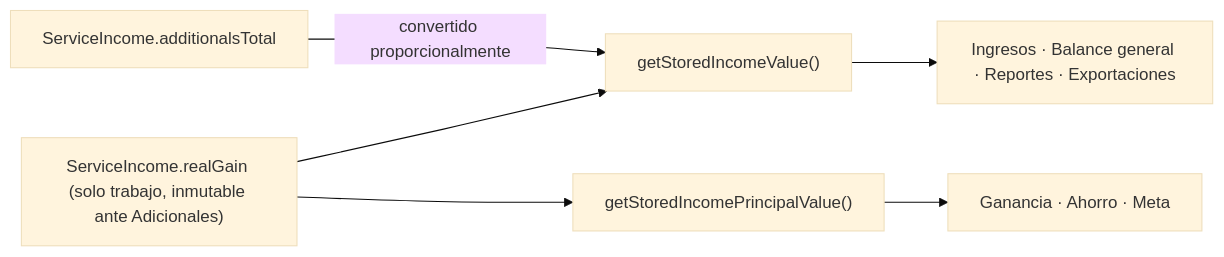
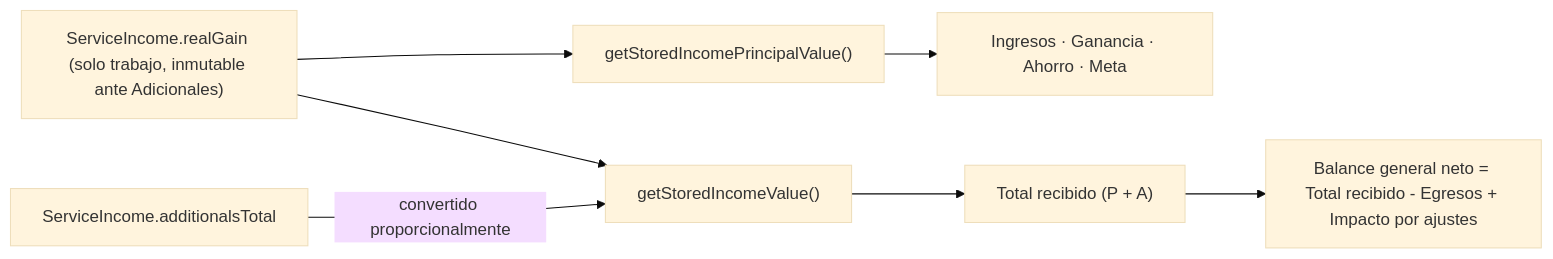
One commit to Orpira/finance-app changed the second of 2 diagrams in docs/architecture/09_DESIGN_PATTERNS.md. Above: the diagram before and after it, drawn with Mermaid (base theme). The commit also changed other lines of this file and 12 other files, not shown here.

Commit message:
fix(finance): ingresos excluye adicionales (ADR-034)

````diff
--- a/docs/architecture/09_DESIGN_PATTERNS.md
+++ b/docs/architecture/09_DESIGN_PATTERNS.md
@@ -118,8 +118,9 @@
 ```mermaid
 flowchart LR
-    G["ServiceIncome.realGain (solo trabajo, inmutable ante Adicionales)"] --> H["getStoredIncomeValue()"]
+    G["ServiceIncome.realGain (solo trabajo, inmutable ante Adicionales)"] --> K["getStoredIncomePrincipalValue()"]
+    K --> J["Ingresos · Ganancia · Ahorro · Meta"]
+    G --> H["getStoredIncomeValue()"]
     I["ServiceIncome.additionalsTotal"] -->|"convertido proporcionalmente"| H
-    H --> J["Ingresos · Balance general · Reportes · Exportaciones"]
-    G --> K["getStoredIncomePrincipalValue()"]
-    K --> L["Ganancia · Ahorro · Meta"]
+    H --> M["Total recibido (P + A)"]
+    M --> N["Balance general neto = Total recibido - Egresos + Impacto por ajustes"]
 ```
````
